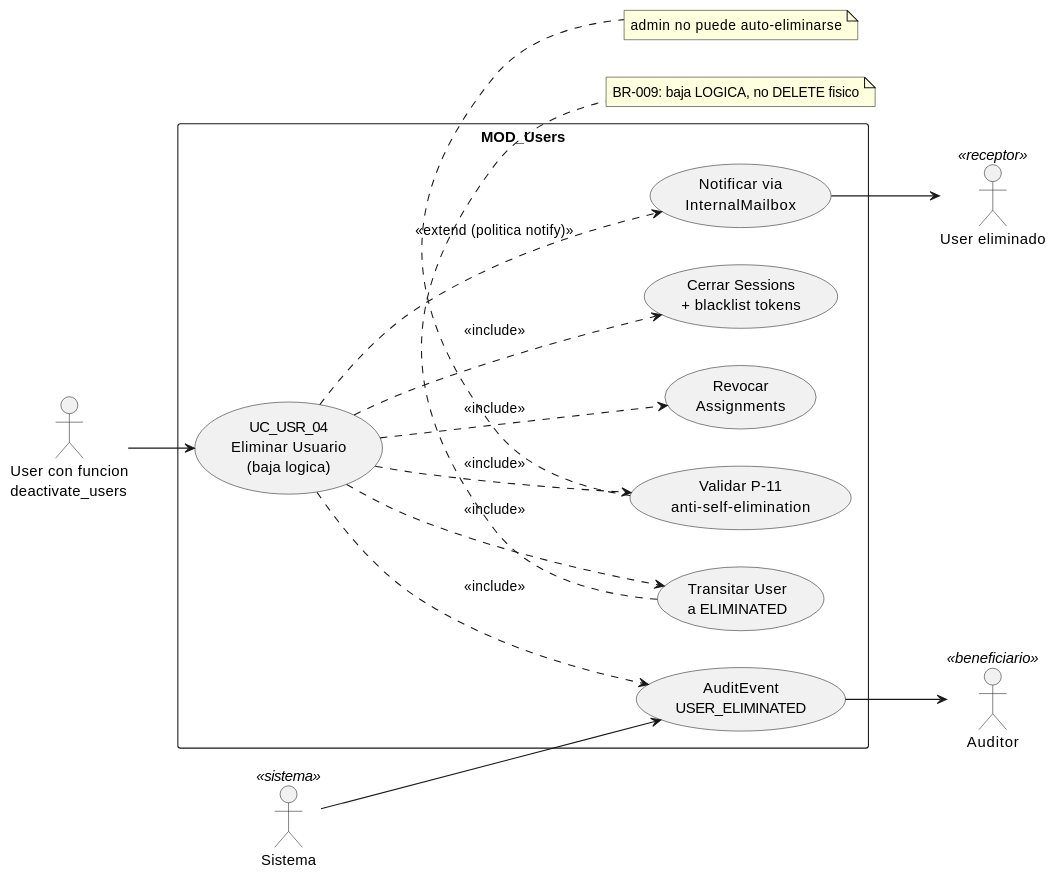
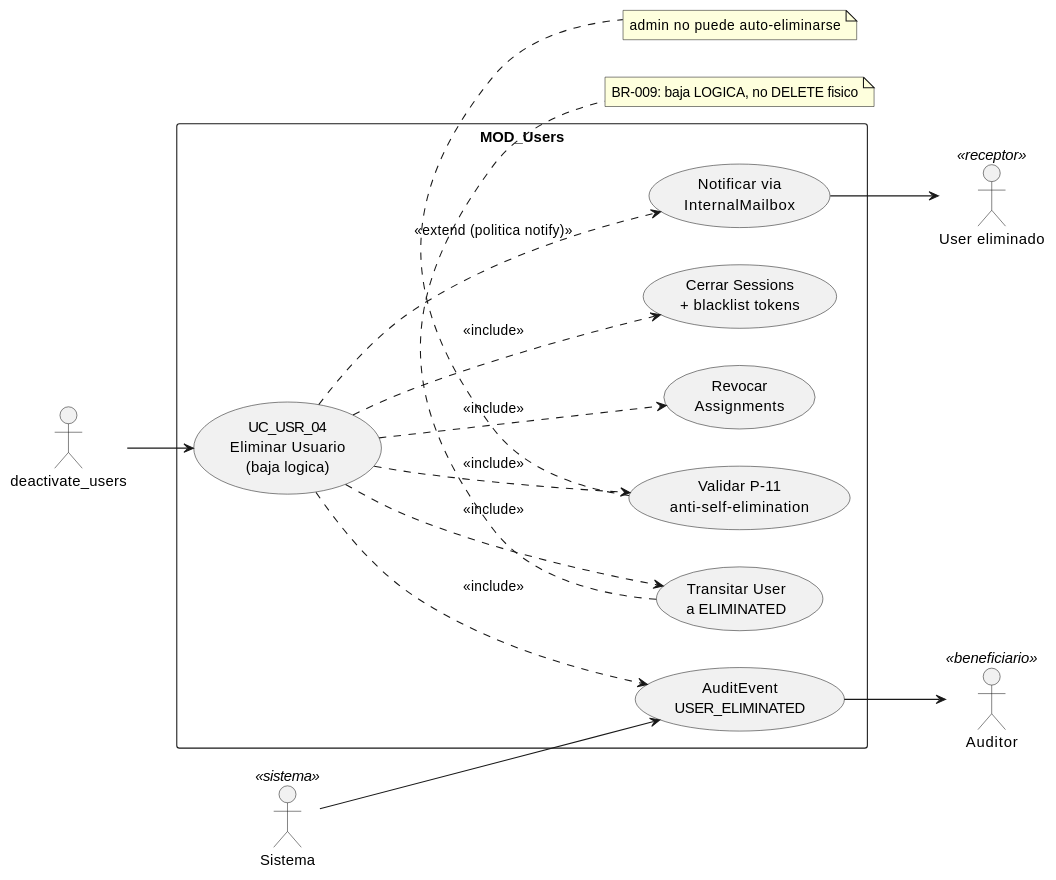
One commit to jcg-admin/IACT-docs changed the first of 5 diagrams in source/requisitos/casos-uso/users/uc-usr-04/diagramas-uml.rst. Above: the diagram before and after it, drawn with PlantUML. The commit also changed 77 other files, not shown here.

First line of the commit message:
Enforce RBAC function names as actors in all UML diagrams

```diff
--- a/source/requisitos/casos-uso/users/uc-usr-04/diagramas-uml.rst
+++ b/source/requisitos/casos-uso/users/uc-usr-04/diagramas-uml.rst
@@ -10,41 +10,41 @@
 .. uml::
  :caption: UC_USR_04 — actores y casos asociados
 
  @startuml
 
  left to right direction
 
- actor "User con funcion\ndeactivate_users" as INVOKER
+ actor "deactivate_users" as INVOKER
  actor "User eliminado" as USER <<receptor>>
  actor "Auditor" as AUD <<beneficiario>>
  actor "Sistema" as SYS <<sistema>>
 
  rectangle "MOD_Users" {
    usecase "UC_USR_04\nEliminar Usuario\n(baja logica)" as UC04
    usecase "Validar P-11\nanti-self-elimination" as P11
    usecase "Transitar User\na ELIMINATED" as ELI
    usecase "Revocar\nAssignments" as REV
    usecase "Cerrar Sessions\n+ blacklist tokens" as CSE
    usecase "Notificar via\nInternalMailbox" as NOT
    usecase "AuditEvent\nUSER_ELIMINATED" as EMI
  }
 
  INVOKER --> UC04
  UC04 ..> P11 : <<include>>
  UC04 ..> ELI : <<include>>
  UC04 ..> REV : <<include>>
  UC04 ..> CSE : <<include>>
  UC04 ..> NOT : <<extend (politica notify)>>
  UC04 ..> EMI : <<include>>
  NOT --> USER
  SYS --> EMI
  EMI --> AUD
 
  note bottom of ELI
    BR-009: baja LOGICA, no DELETE fisico
  end note
  note bottom of P11
    admin no puede auto-eliminarse
  end note
 
  @enduml
```
